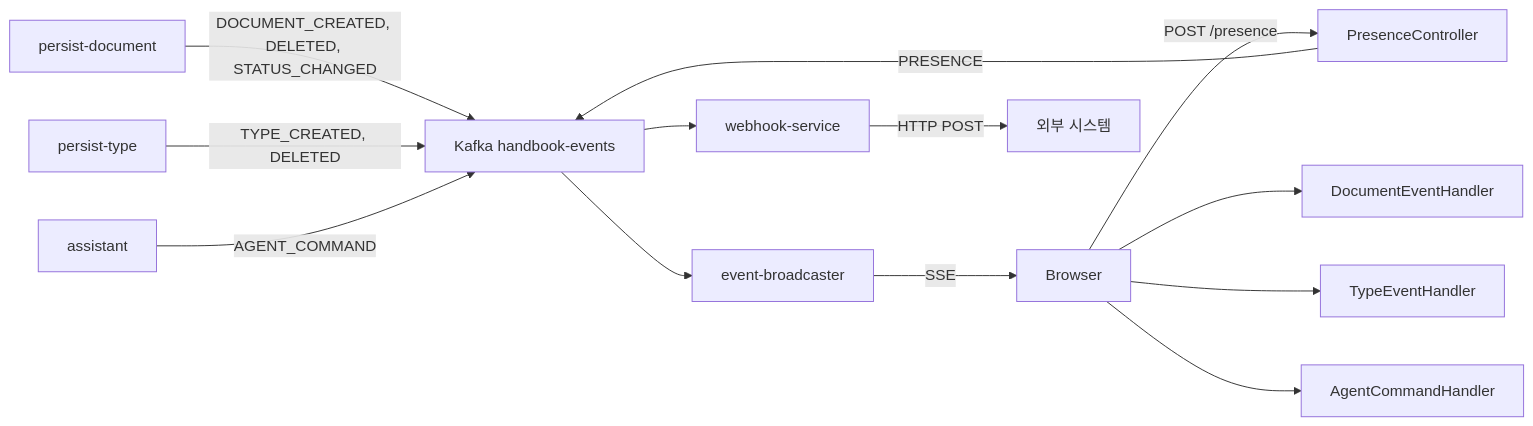
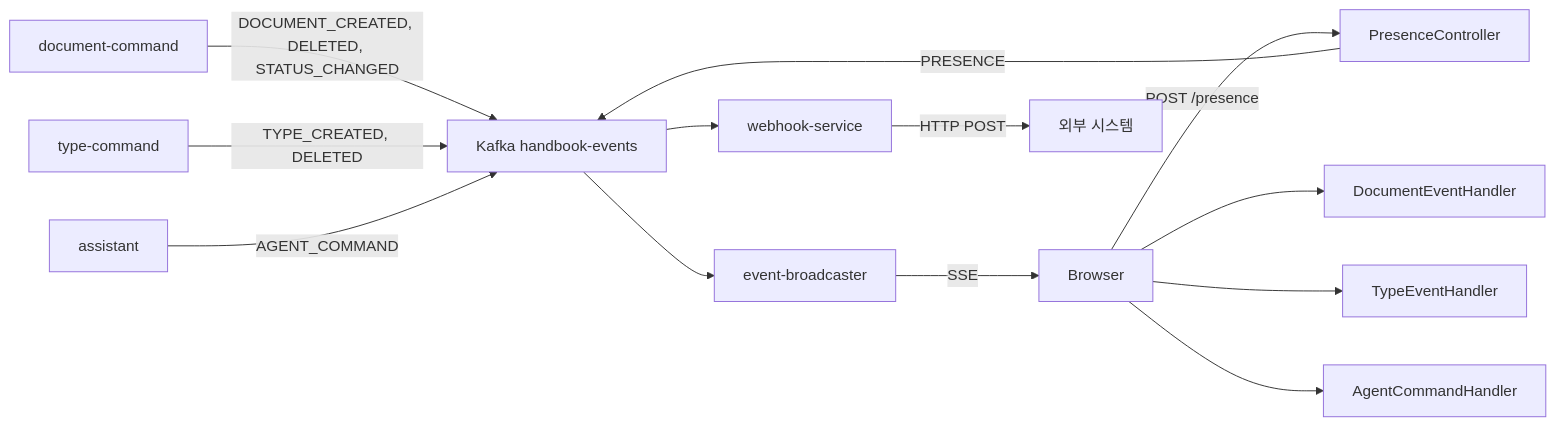
The diagram in docs/contracts/events.md (sayaya1090/handbook), drawn with Mermaid before and after one commit. The commit also changed other lines of this file and 620 other files, not shown here.

````diff
--- a/docs/contracts/events.md
+++ b/docs/contracts/events.md
@@ -53,15 +53,15 @@
 ```mermaid
 flowchart LR
-    PD["persist-document"] -->|"DOCUMENT_CREATED, DELETED, STATUS_CHANGED"| K["Kafka handbook-events"]
-    PT["persist-type"] -->|"TYPE_CREATED, DELETED"| K
+    PD["document-command"] -->|"DOCUMENT_CREATED, DELETED, STATUS_CHANGED"| K["Kafka handbook-events"]
+    PT["type-command"] -->|"TYPE_CREATED, DELETED"| K
     AS["assistant"] -->|"AGENT_COMMAND"| K
     Browser -->|"POST /presence"| PC["PresenceController"]
     PC -->|"PRESENCE"| K
     K --> EB["event-broadcaster"]
     K --> WH["webhook-service"]
     WH -->|"HTTP POST"| Ext["외부 시스템"]
     EB -->|"SSE"| Browser
     Browser --> DocHandler["DocumentEventHandler"]
     Browser --> TypeHandler["TypeEventHandler"]
     Browser --> AgentHandler["AgentCommandHandler"]
 ```
````
